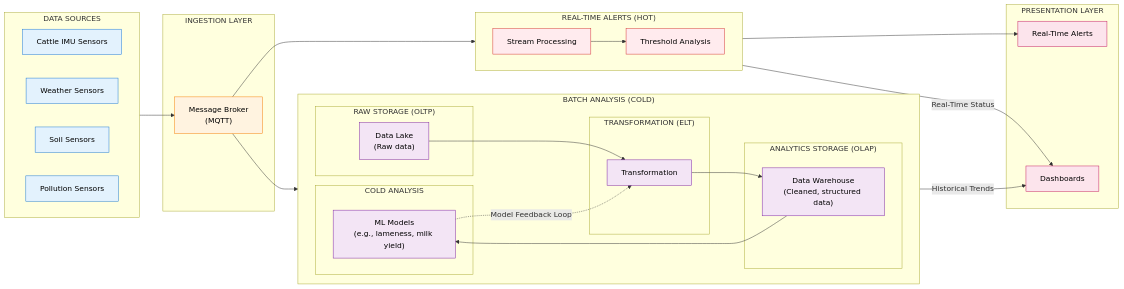
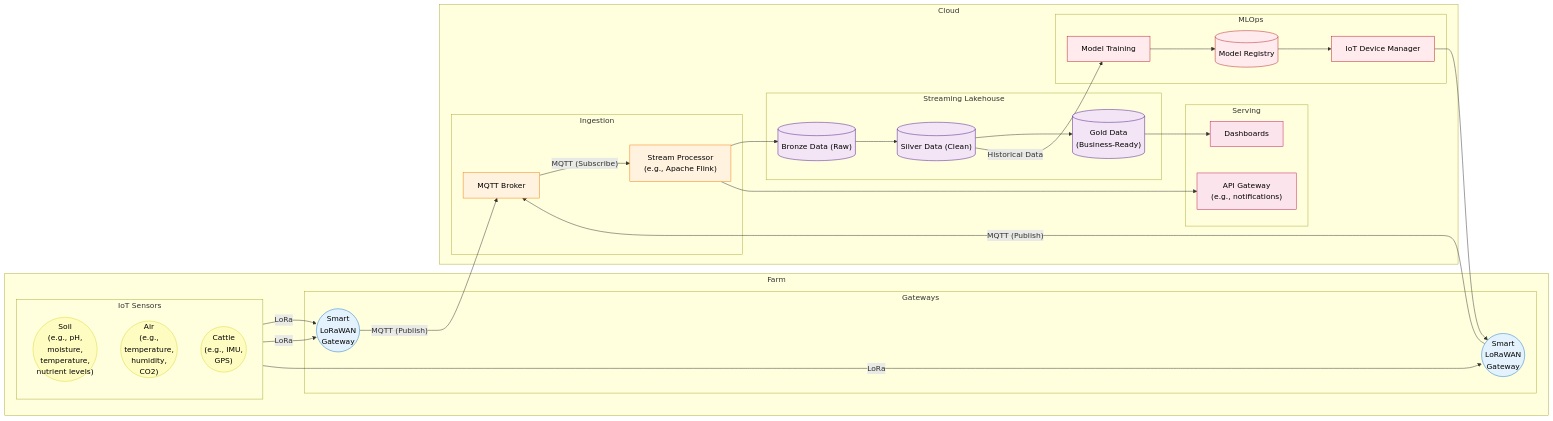
Before and after one commit to aydanthompson/smart-agrifarming-is: the first of 4 diagrams in docs/architecture-diagrams.md, drawn with Mermaid. The commit also changed other lines of this file, not shown here.

Commit message:
Updated complete pipeline diagram, added detailed diagrams for smart LoRaWAN gateways and compute-capable sensors

````diff
--- a/docs/architecture-diagrams.md
+++ b/docs/architecture-diagrams.md
@@ -5,66 +7,72 @@
 ```mermaid
 flowchart LR
-    subgraph sources["DATA SOURCES"]
-        direction LR
-        cattle[Cattle IMU Sensors]
-        weather[Weather Sensors]
-        soil[Soil Sensors]
-        pollution[Pollution Sensors]
+    subgraph farm["Farm"]
+        subgraph edge_layer["IoT Sensors"]
+            direction TB
+            sensors_soil(("Soil<br>(e.g., pH,<br>moisture,<br>temperature,<br>nutrient levels)"))
+            sensors_air(("Air<br>(e.g.,<br>temperature,<br>humidity,<br>CO2)"))
+            sensors_cattle(("Cattle<br>(e.g., IMU,<br>GPS)"))
+        end
+
+        subgraph gateways["Gateways"]
+            gateway_1(("Smart<br>LoRaWAN<br>Gateway"))
+            gateway_2(("Smart<br>LoRaWAN<br>Gateway"))
+        end
+
     end
 
-    subgraph ingestion["INGESTION LAYER"]
-        broker["Message Broker<br>(MQTT)"]
+    subgraph cloud["Cloud"]
+        subgraph ingestion["Ingestion"]
+            broker["MQTT Broker"]
+            stream_processor["Stream Processor<br>(e.g., Apache Flink)"]
+        end
+
+
+        subgraph lakehouse["Streaming Lakehouse"]
+            bronze[("Bronze Data (Raw)")]
+            silver[("Silver Data (Clean)")]
+            gold[("Gold Data<br>(Business-Ready)")]
+        end
+
+        subgraph mlops["MLOps"]
+            training["Model Training"]
+            registry[("Model Registry")]
+            device_manager["IoT Device Manager"]
+        end
+
+
+        subgraph serving["Serving"]
+            dashboard["Dashboards"]
+            api["API Gateway<br>(e.g., notifications)"]
+        end
     end
 
-    subgraph cold_path["BATCH ANALYSIS (COLD)"]
-        direction LR
-        subgraph raw["RAW STORAGE (OLTP)"]
-            lake["Data Lake<br>(Raw data)"]
-        end
+    sensors_soil & sensors_air -->|LoRa| gateway_1
+    sensors_cattle -->|LoRa| gateway_2
+    gateway_1 -->|"MQTT (Publish)"| broker
+    gateway_2 -->|"MQTT (Publish)"| broker
+    broker -->|"MQTT (Subscribe)"| stream_processor
+    stream_processor --> bronze
+    stream_processor --> api
+    bronze --> silver
+    silver --> gold
+    gold --> dashboard
+    training --> registry
+    registry --> device_manager
+    device_manager --> gateway_2
+    silver -->|"Historical Data"| training
 
-        subgraph transform["TRANSFORMATION (ELT)"]
-            etl["Transformation"]
-        end
+    classDef sensorStyle fill:#fffcc2,stroke:#dad734,color:#000
+    classDef gatewayStyle fill:#e3f2fd,stroke:#1976d2,color:#000
+    classDef ingestStyle fill:#fff3e0,stroke:#f57c00,color:#000
+    classDef dataStyle fill:#f3e5f5,stroke:#4a148c,color:#000
+    classDef mlStyle fill:#ffebee,stroke:#b71c1c,color:#000
+    classDef presentationStyle fill:#fce4ec,stroke:#c2185b,color:#000
 
-        subgraph warehouse["ANALYTICS STORAGE (OLAP)"]
-            dw["Data Warehouse<br>(Cleaned, structured data)"]
-        end
-
-        subgraph analytics["COLD ANALYSIS"]
-            ml["ML Models<br>(e.g., lameness, milk yield)"]
-        end
-
-        lake --> etl --> dw --> ml
-        ml -.->|"Model Feedback Loop"| etl
-    end
-
-    subgraph hot_path["REAL-TIME ALERTS (HOT)"]
-        direction LR
-        stream_proc["Stream Processing"]
-        alerts["Threshold Analysis"]
-    end
-
-    subgraph presentation["PRESENTATION LAYER"]
-        dash["Dashboards"]
-        realtime_alert["Real-Time Alerts"]
-    end
-
-    sources --> broker
-    broker --> lake
-    broker --> stream_proc
-    stream_proc --> alerts --> realtime_alert
-    stream_proc -->|"Real-Time Status"| dash
-    dw -->|"Historical Trends"|dash
-
-    classDef sourceStyle fill:#e3f2fd,stroke:#1976d2,color:#000
-    classDef ingestStyle fill:#fff3e0,stroke:#f57c00,color:#000
-    classDef coldStyle fill:#f3e5f5,stroke:#7b1fa2,color:#000
-    classDef hotStyle fill:#ffebee,stroke:#d32f2f,color:#000
-    classDef presentStyle fill:#fce4ec,stroke:#c2185b,color:#000
-
-    class cattle,weather,soil,pollution sourceStyle
-    class broker ingestStyle
-    class lake,etl,dw,ml coldStyle
-    class stream_proc,alerts hotStyle
-    class dash,realtime_alert presentStyle
+    class sensors_soil,sensors_air,sensors_cattle sensorStyle
+    class gateway_1,gateway_2 gatewayStyle
+    class broker,stream_processor ingestStyle
+    class bronze,silver,gold dataStyle
+    class training,registry,device_manager mlStyle
+    class dashboard,api presentationStyle
 ```
````
